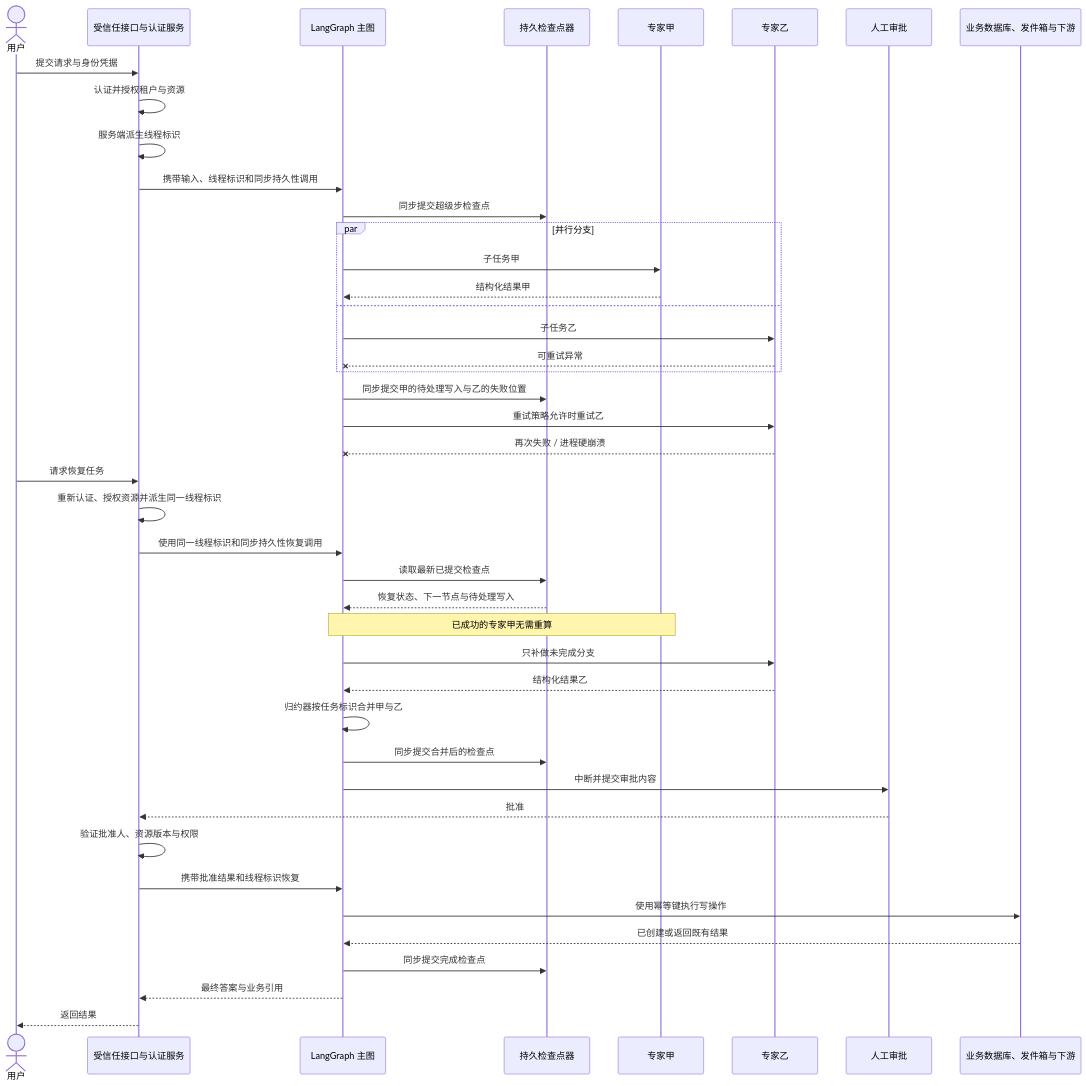
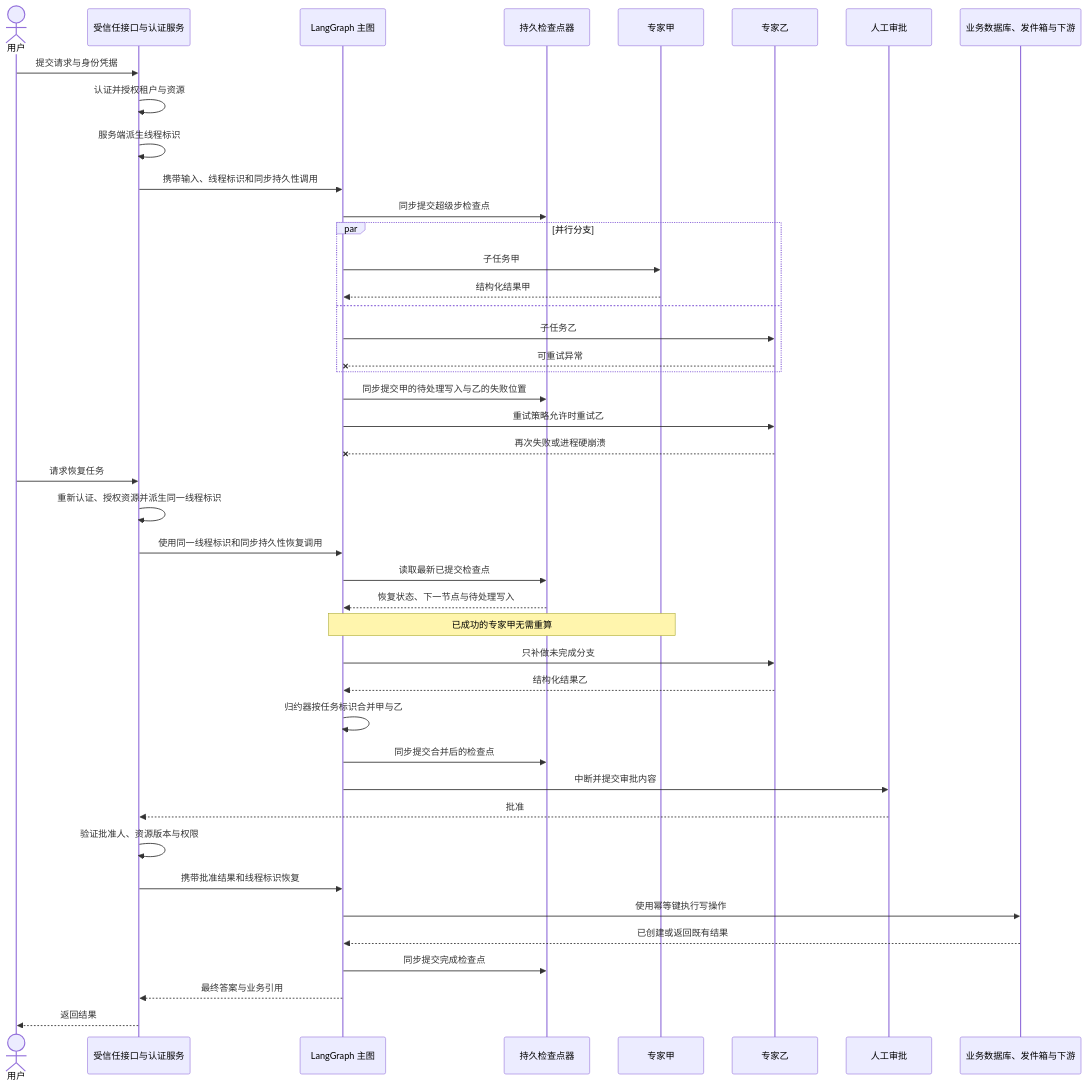
The second of 2 diagrams in content/cases/langgraph-supervisor.mdx (sealday/tego-arch), drawn with Mermaid before and after one commit. The commit also changed other lines of this file and 33 other files, not shown here.

````diff
--- a/content/cases/langgraph-supervisor.mdx
+++ b/content/cases/langgraph-supervisor.mdx
@@ -328,50 +328,50 @@
 ```mermaid
 sequenceDiagram
   accTitle: 并行任务失败后的耐久恢复序列
-  accDescr: 受信任服务先授权并在服务端派生thread_id，再以同步持久性启动主图；已同步提交的成功分支在硬崩溃后可恢复，仅补做失败分支；人工批准后通过独立业务账本以幂等键执行副作用。
+  accDescr: 受信任服务先授权并在服务端派生 thread_id，再以同步持久性启动主图；已同步提交的成功分支在硬崩溃后可恢复，仅补做失败分支；人工批准后通过独立业务账本以幂等键执行副作用。
 
   actor U as 用户
   participant App as 受信任接口与认证服务
   participant G as LangGraph 主图
   participant C as 持久检查点器
   participant A as 专家甲
   participant B as 专家乙
   participant H as 人工审批
   participant X as 业务数据库、发件箱与下游
 
   U->>App: 提交请求与身份凭据
   App->>App: 认证并授权租户与资源
   App->>App: 服务端派生线程标识
   App->>G: 携带输入、线程标识和同步持久性调用
   G->>C: 同步提交超级步检查点
   par 并行分支
     G->>A: 子任务甲
     A-->>G: 结构化结果甲
   and
     G->>B: 子任务乙
     B--xG: 可重试异常
   end
   G->>C: 同步提交甲的待处理写入与乙的失败位置
   G->>B: 重试策略允许时重试乙
-  B--xG: 再次失败 / 进程硬崩溃
+  B--xG: 再次失败或进程硬崩溃
 
   U->>App: 请求恢复任务
   App->>App: 重新认证、授权资源并派生同一线程标识
   App->>G: 使用同一线程标识和同步持久性恢复调用
   G->>C: 读取最新已提交检查点
   C-->>G: 恢复状态、下一节点与待处理写入
   Note over G,A: 已成功的专家甲无需重算
   G->>B: 只补做未完成分支
   B-->>G: 结构化结果乙
   G->>G: 归约器按任务标识合并甲与乙
   G->>C: 同步提交合并后的检查点
   G->>H: 中断并提交审批内容
   H-->>App: 批准
   App->>App: 验证批准人、资源版本与权限
   App->>G: 携带批准结果和线程标识恢复
   G->>X: 使用幂等键执行写操作
   X-->>G: 已创建或返回既有结果
   G->>C: 同步提交完成检查点
   G-->>App: 最终答案与业务引用
   App-->>U: 返回结果
 ```
````
